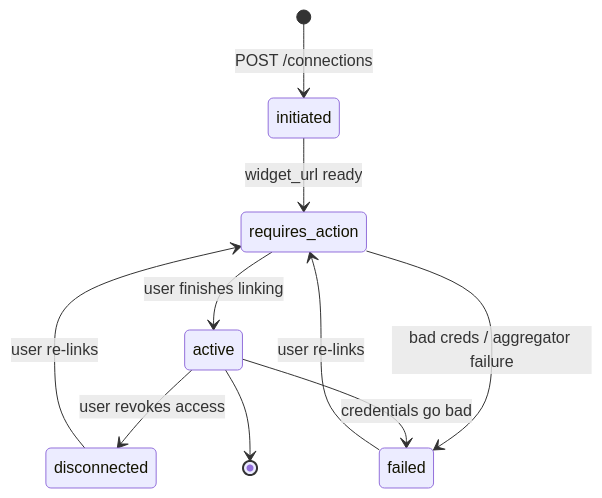
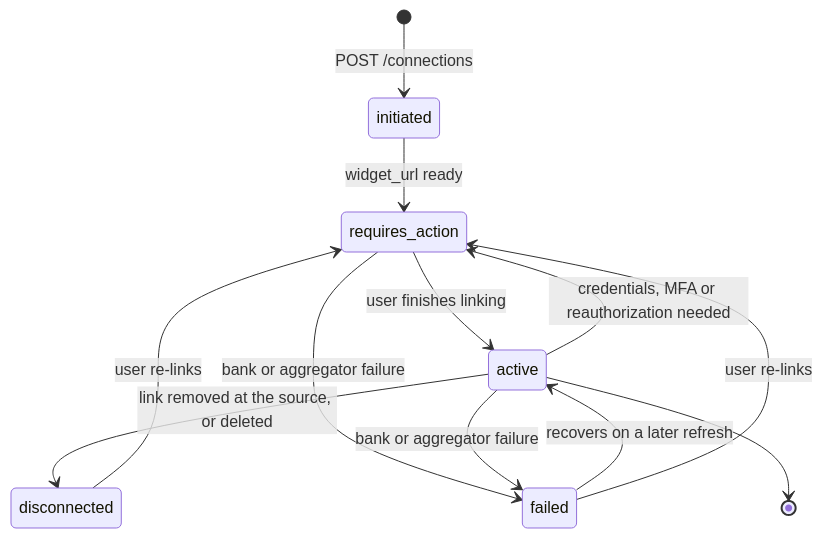
Before and after one commit to robson-silva-ledgersync/docs: the diagram in guides/connection-lifecycle.mdx, drawn with Mermaid. The commit also changed other lines of this file and 4 other files, not shown here.

````diff
--- a/guides/connection-lifecycle.mdx
+++ b/guides/connection-lifecycle.mdx
@@ -14,12 +14,14 @@
 ```mermaid
 stateDiagram-v2
     [*] --> initiated: POST /connections
     initiated --> requires_action: widget_url ready
     requires_action --> active: user finishes linking
-    requires_action --> failed: bad creds / aggregator failure
-    active --> disconnected: user revokes access
-    active --> failed: credentials go bad
+    requires_action --> failed: bank or aggregator failure
+    active --> requires_action: credentials, MFA or reauthorization needed
+    active --> disconnected: link removed at the source, or deleted
+    active --> failed: bank or aggregator failure
+    failed --> active: recovers on a later refresh
     failed --> requires_action: user re-links
     disconnected --> requires_action: user re-links
     active --> [*]
 ```
````
